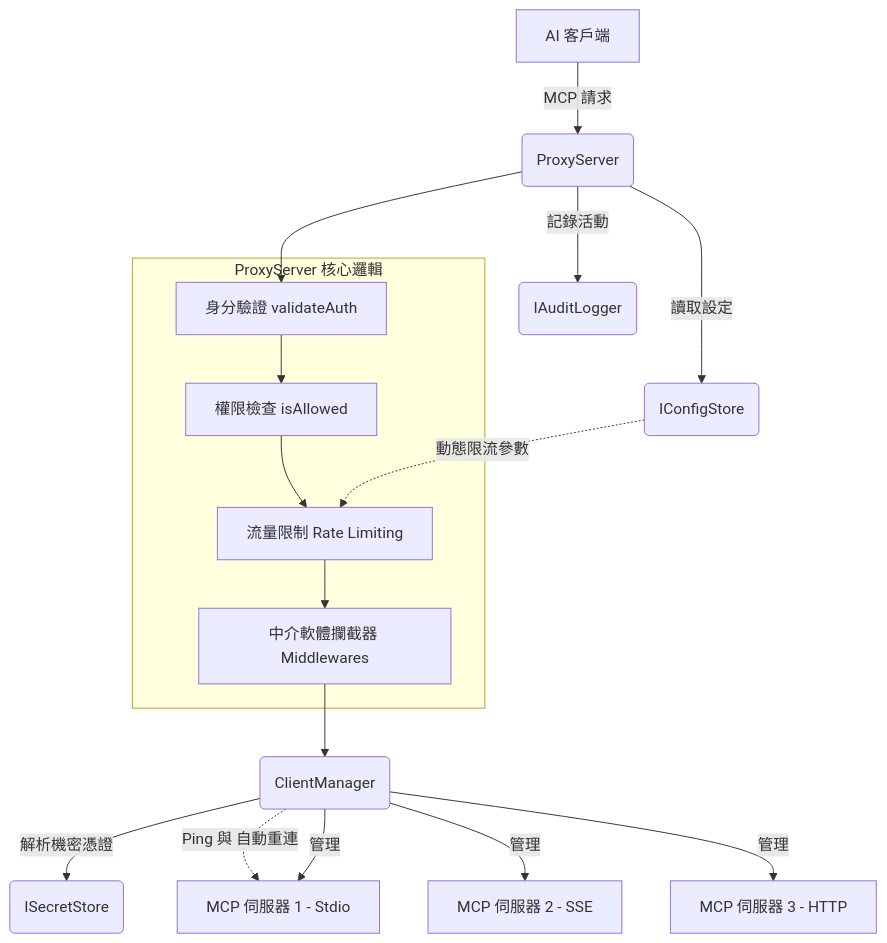
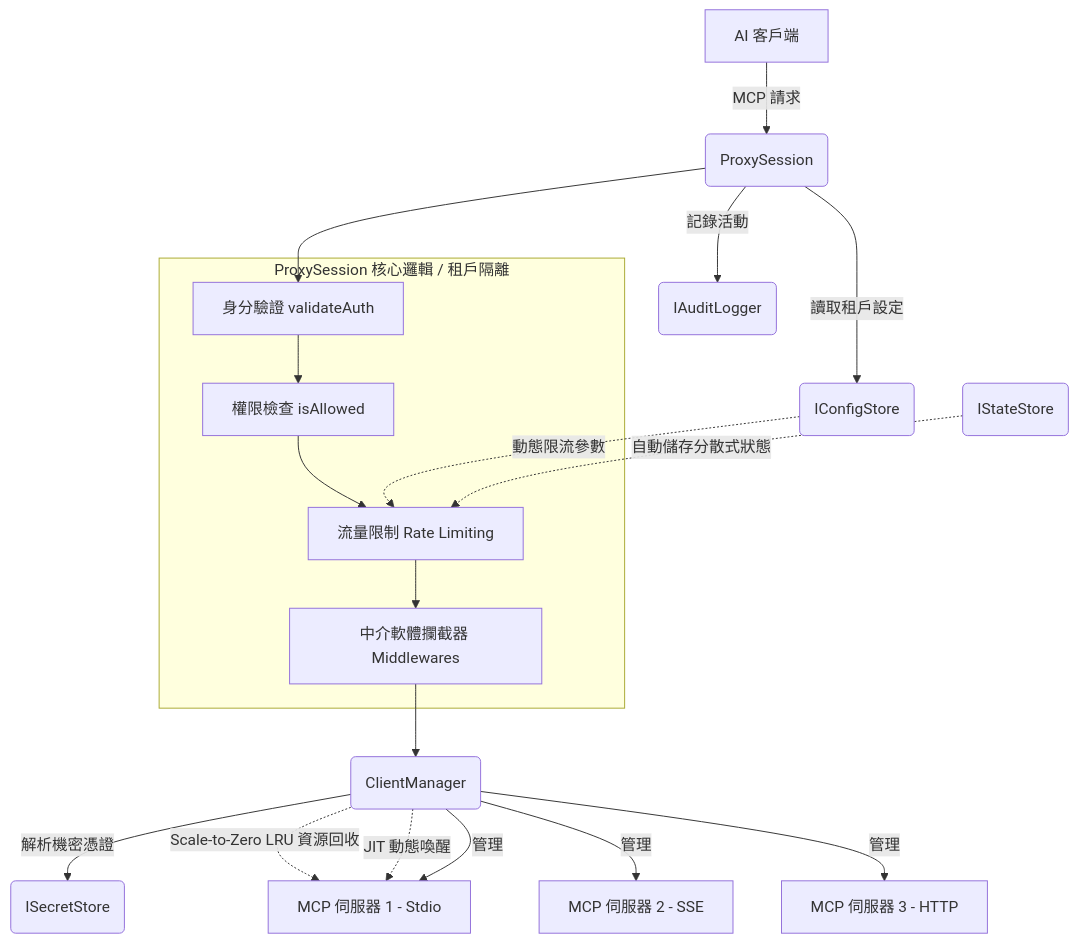
One commit to Cyber-Sec-Space/aag-core changed the second of 2 diagrams in ARCHITECTURE.md. Above: the diagram before and after it, drawn with Mermaid. The commit also changed other lines of this file and 5 other files, not shown here.

Commit message:
chore(release): v2.0.0 SaaS Architecture, JIT Polling, Re-drawn Diagrams

````diff
--- a/ARCHITECTURE.md
+++ b/ARCHITECTURE.md
@@ -81,27 +86,30 @@
 ```mermaid
 graph TD
-    Client[AI 客戶端] -->|MCP 請求| Proxy(ProxyServer)
+    Client[AI 客戶端] -->|MCP 請求| Proxy(ProxySession)
     
-    subgraph ProxyInternal [ProxyServer 核心邏輯]
+    subgraph ProxyInternal [ProxySession 核心邏輯 / 租戶隔離]
         Auth[身分驗證 validateAuth]
         RBAC[權限檢查 isAllowed]
         RL[流量限制 Rate Limiting]
         MW[中介軟體攔截器 Middlewares]
     end
     
     Proxy --> Auth
     Auth --> RBAC
     RBAC --> RL
     RL --> MW
     MW --> CM(ClientManager)
 
-    Proxy -->|讀取設定| Config(IConfigStore)
+    Proxy -->|讀取租戶設定| Config(IConfigStore)
     Proxy -->|記錄活動| Logger(IAuditLogger)
+    
     Config -.->|動態限流參數| RL
+    State(IStateStore) -.->|自動儲存分散式狀態| RL
     
     CM -->|解析機密憑證| Secrets(ISecretStore)
-    CM -.->|Ping 與 自動重連| Downstream1
+    CM -.->|Scale-to-Zero LRU 資源回收| Downstream1
+    CM -.->|JIT 動態喚醒| Downstream1
     CM -->|管理| Downstream1[MCP 伺服器 1 - Stdio]
     CM -->|管理| Downstream2[MCP 伺服器 2 - SSE]
     CM -->|管理| Downstream3[MCP 伺服器 3 - HTTP]
 ```
````
